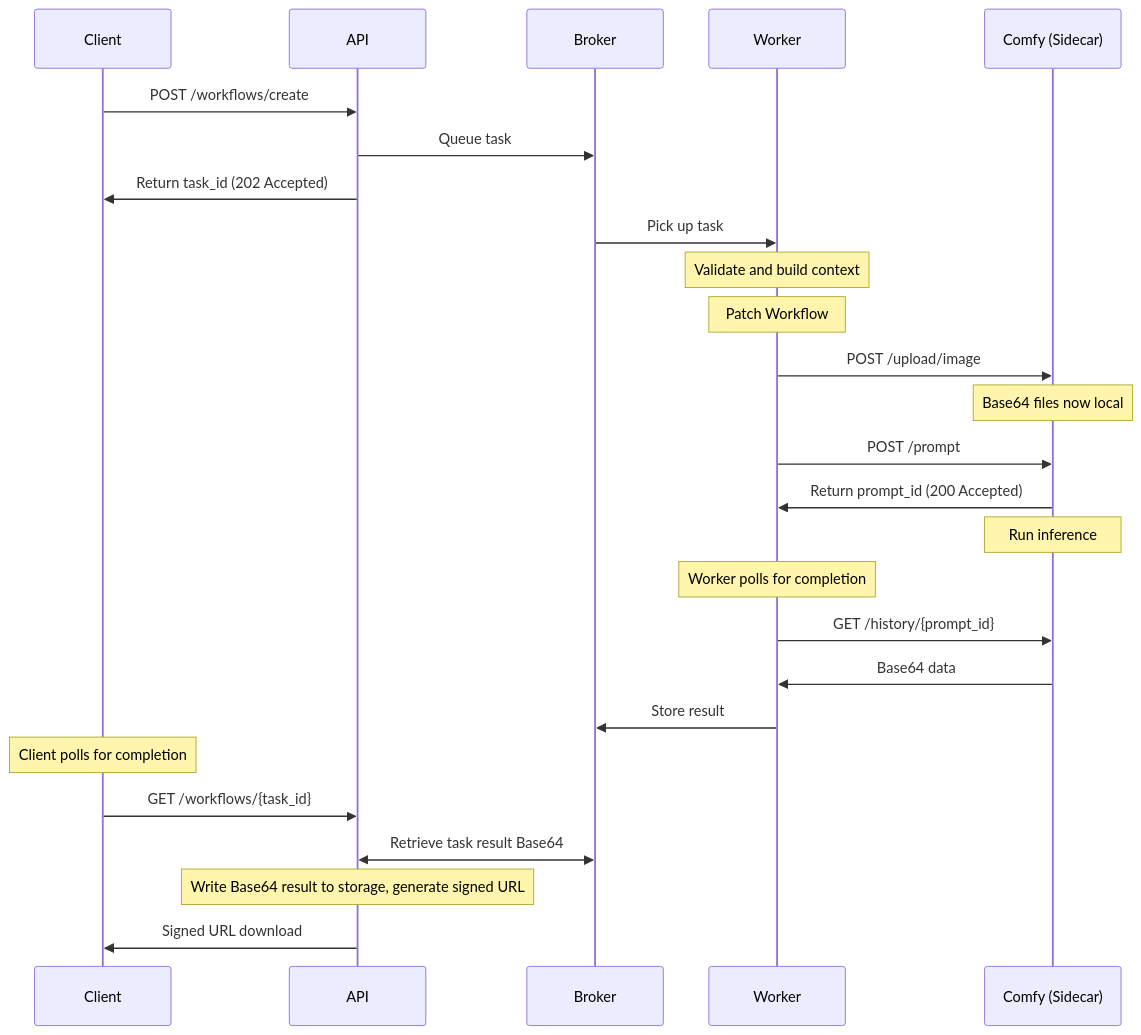
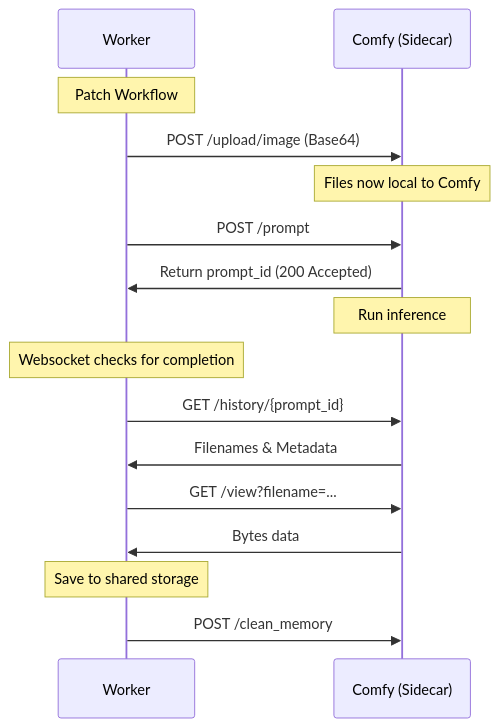
The second of 2 diagrams in README.md (JoeGaffney/deferred-diffusion), drawn with Mermaid before and after one commit. The commit also changed other lines of this file and 23 other files, not shown here.

First line of the commit message:
feature: task metadata exposure via Flower API integration, consolidates helper functions, and reorganizes output file storage paths (#64)

````diff
--- a/README.md
+++ b/README.md
@@ -138,30 +137,19 @@
 ```mermaid
 sequenceDiagram
-    participant Client
-    participant API
-    participant Broker
     participant Worker
     participant Sidecar as Comfy (Sidecar)
 
-    Client->>API: POST /workflows/create
-    API->>Broker: Queue task
-    API->>Client: Return task_id (202 Accepted)
-    Broker->>Worker: Pick up task
-    Note over Worker: Validate and build context
     Note over Worker: Patch Workflow
-    Worker->>Sidecar: POST /upload/image
-    Note over Sidecar: Base64 files now local
+    Worker->>Sidecar: POST /upload/image (Base64)
+    Note over Sidecar: Files now local to Comfy
     Worker->>Sidecar: POST /prompt
     Sidecar->>Worker: Return prompt_id (200 Accepted)
     Note over Sidecar: Run inference
-    Note over Worker: Worker polls for completion
+    Note over Worker: Websocket checks for completion
     Worker->>Sidecar: GET /history/{prompt_id}
-    Sidecar->>Worker: Base64 data
-    Worker->>Broker: Store result
-
-    Note over Client: Client polls for completion
-    Client->>API: GET /workflows/{task_id}
-    API<<->>Broker: Retrieve task result Base64
-    Note over API: Write Base64 result to storage, generate signed URL
-    API->>Client: Signed URL download
+    Sidecar->>Worker: Filenames & Metadata
+    Worker->>Sidecar: GET /view?filename=...
+    Sidecar->>Worker: Bytes data
+    Note over Worker: Save to shared storage
+    Worker->>Sidecar: POST /clean_memory
 ```
````
